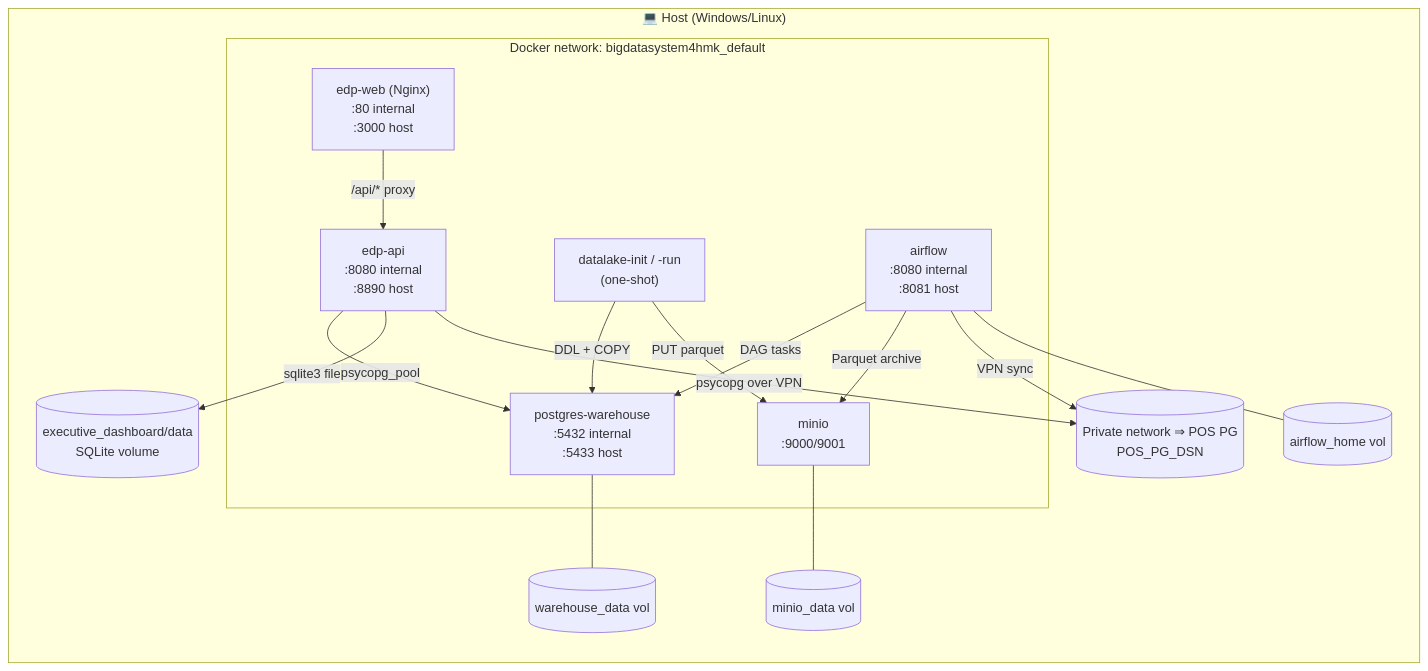
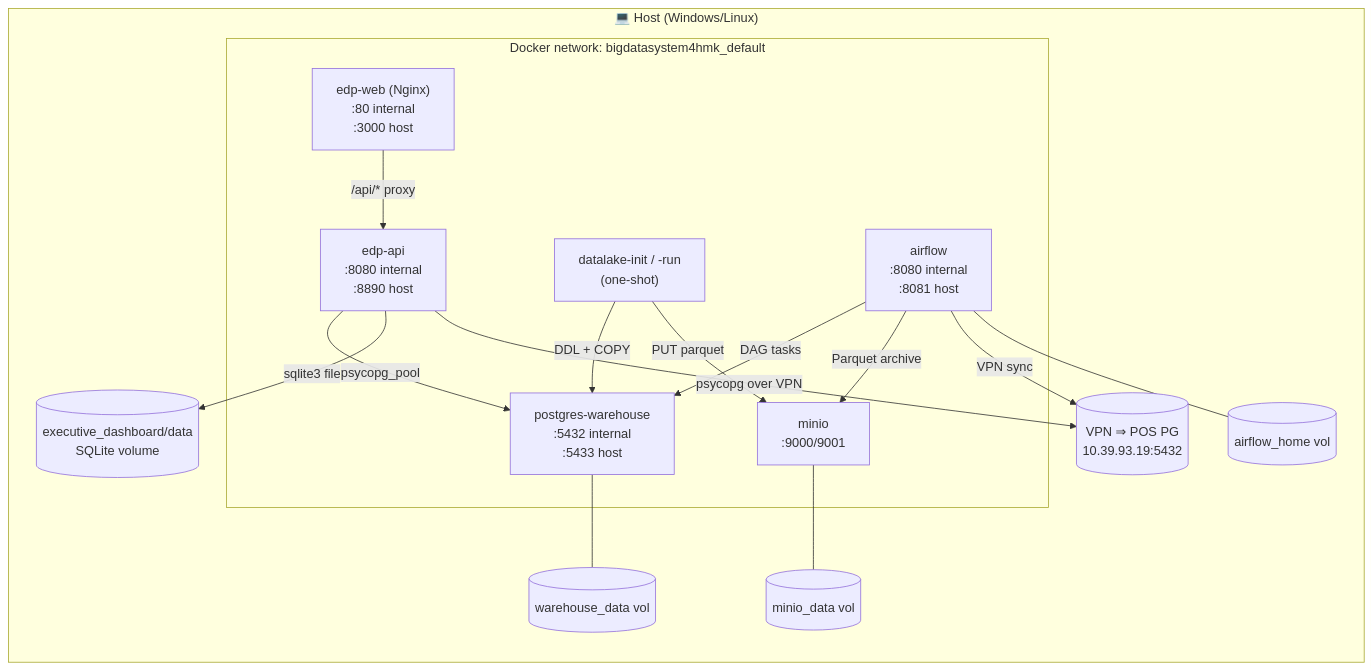
Before and after one commit to PhatEggstech/Rocky-Dashboard: the sixth of 6 diagrams in mcp_server/specs/DATA_FLOW.md, drawn with Mermaid. The commit also changed 75 other files, not shown here.

````diff
--- a/mcp_server/specs/DATA_FLOW.md
+++ b/mcp_server/specs/DATA_FLOW.md
@@ -305,32 +305,32 @@
 ```mermaid
 flowchart TB
     subgraph HOST["💻 Host (Windows/Linux)"]
         direction TB
         subgraph DC["Docker network: bigdatasystem4hmk_default"]
             EDPAPI["edp-api\n:8080 internal\n:8890 host"]
             EDPWEB["edp-web (Nginx)\n:80 internal\n:3000 host"]
             PGWH["postgres-warehouse\n:5432 internal\n:5433 host"]
             MINIO["minio\n:9000/9001"]
             AIR["airflow\n:8080 internal\n:8081 host"]
             INIT["datalake-init / -run\n(one-shot)"]
         end
-        POSEXT[("Private network ⇒ POS PG\nPOS_PG_DSN")]
+        POSEXT[("VPN ⇒ POS PG\n10.39.93.19:5432")]
         VOLAPI[(executive_dashboard/data\nSQLite volume)]
         VOLWH[(warehouse_data vol)]
         VOLMIN[(minio_data vol)]
         VOLAIR[(airflow_home vol)]
     end
 
     EDPWEB  -- "/api/* proxy" --> EDPAPI
     EDPAPI  -- "psycopg_pool" --> PGWH
     EDPAPI  -- "sqlite3 file" --> VOLAPI
     EDPAPI  -- "psycopg over VPN" --> POSEXT
     INIT    -- "DDL + COPY" --> PGWH
     INIT    -- "PUT parquet" --> MINIO
     AIR     -- "DAG tasks" --> PGWH
     AIR     -- "Parquet archive" --> MINIO
     AIR     -- "VPN sync" --> POSEXT
     PGWH    --- VOLWH
     MINIO   --- VOLMIN
     AIR     --- VOLAIR
 ```
````
